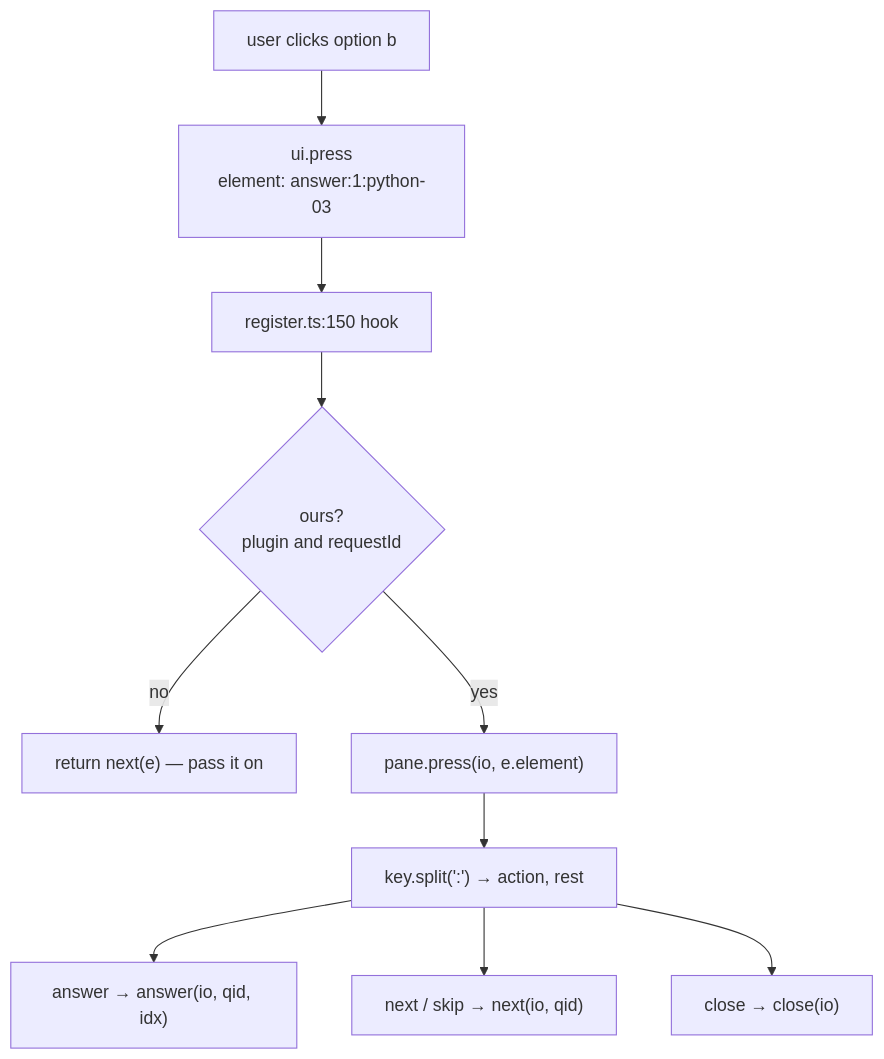
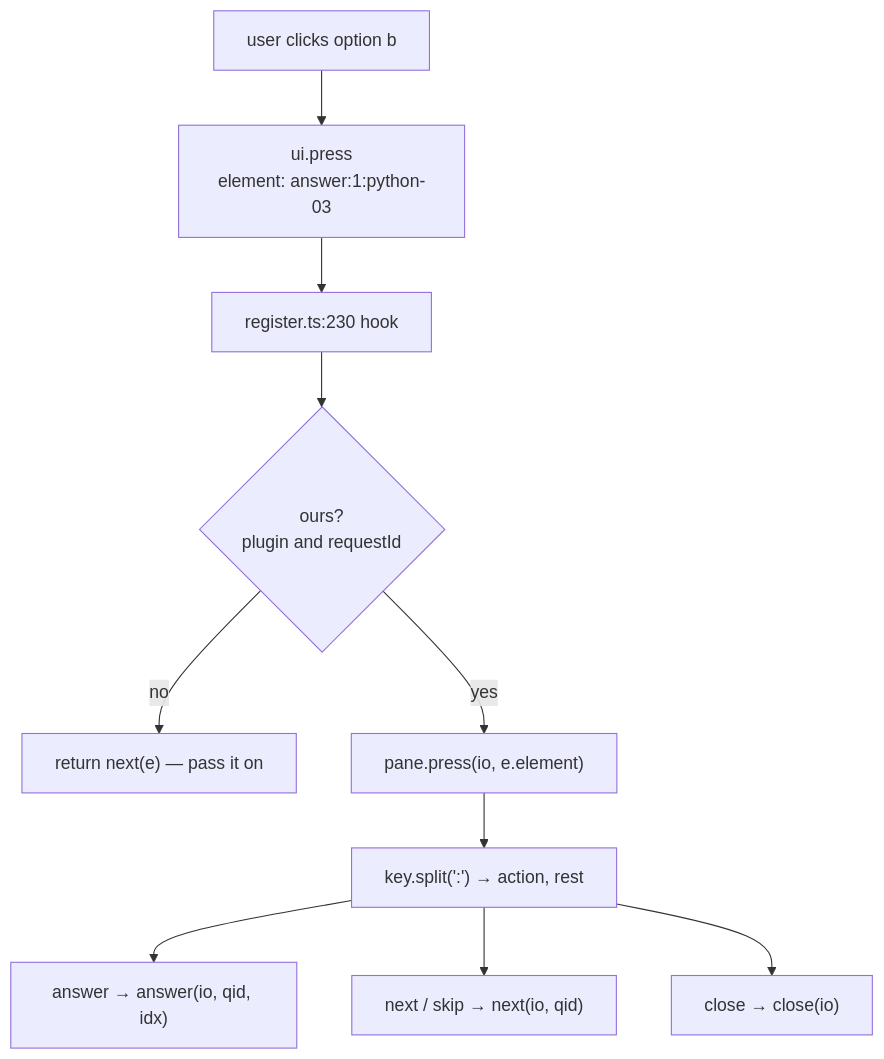
One commit to mingzew/biteq changed the ninth of 12 diagrams in docs/lesson-plan.md. Above: the diagram before and after it, drawn with Mermaid. The commit also changed other lines of this file and 17 other files, not shown here.

````diff
--- a/docs/lesson-plan.md
+++ b/docs/lesson-plan.md
@@ -470,12 +434,12 @@
 ```mermaid
 flowchart TB
   CLICK["user clicks option b"] --> EV["ui.press<br/>element: answer:1:python-03"]
-  EV --> HK["register.ts:150 hook"]
+  EV --> HK["register.ts:230 hook"]
   HK --> G{"ours?<br/>plugin and requestId"}
   G -->|no| NX["return next(e) — pass it on"]
   G -->|yes| PR["pane.press(io, e.element)"]
   PR --> SPL["key.split(':') → action, rest"]
   SPL --> AN["answer → answer(io, qid, idx)"]
   SPL --> NE["next / skip → next(io, qid)"]
   SPL --> CL["close → close(io)"]
 ```
````
